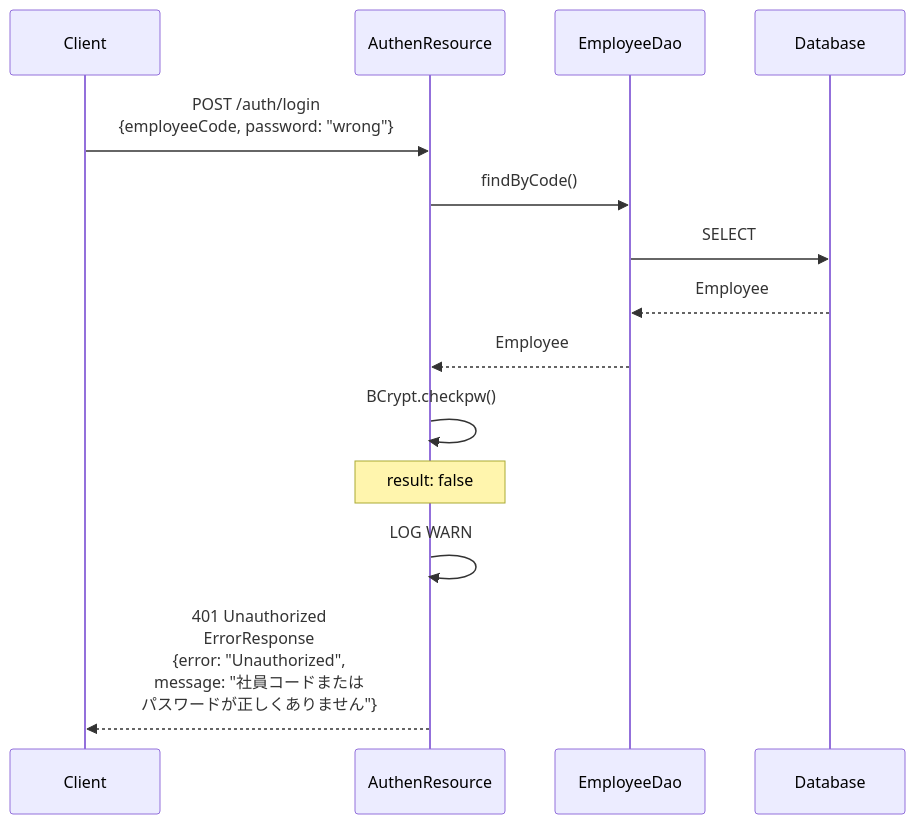
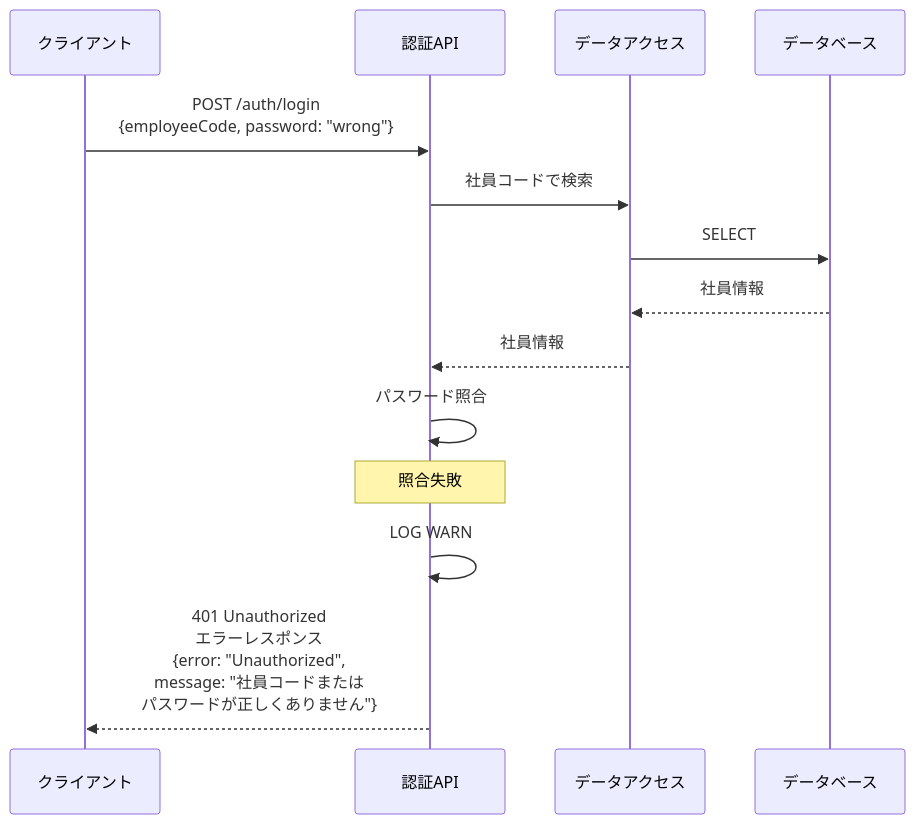
The third of 12 diagrams in projects/sdd/bookstore/back-office-api-sdd/specs/baseline/api/API_001_auth/functional_design.md (KenyaSaitoh/ai_driven_dev_202601), drawn with Mermaid before and after one commit. The commit also changed other lines of this file and 52 other files, not shown here.

````diff
--- a/projects/sdd/bookstore/back-office-api-sdd/specs/baseline/api/API_001_auth/functional_design.md
+++ b/projects/sdd/bookstore/back-office-api-sdd/specs/baseline/api/API_001_auth/functional_design.md
@@ -466,17 +404,17 @@
 ```mermaid
 sequenceDiagram
-    participant Client
-    participant AuthenResource
-    participant EmployeeDao
-    participant Database
+    participant Client as クライアント
+    participant API as 認証API
+    participant DataAccess as データアクセス
+    participant Database as データベース
 
-    Client->>AuthenResource: POST /auth/login<br/>{employeeCode, password: "wrong"}
-    AuthenResource->>EmployeeDao: findByCode()
-    EmployeeDao->>Database: SELECT
-    Database-->>EmployeeDao: Employee
-    EmployeeDao-->>AuthenResource: Employee
-    AuthenResource->>AuthenResource: BCrypt.checkpw()
-    Note over AuthenResource: result: false
-    AuthenResource->>AuthenResource: LOG WARN
-    AuthenResource-->>Client: 401 Unauthorized<br/>ErrorResponse<br/>{error: "Unauthorized",<br/>message: "社員コードまたは<br/>パスワードが正しくありません"}
+    Client->>API: POST /auth/login<br/>{employeeCode, password: "wrong"}
+    API->>DataAccess: 社員コードで検索
+    DataAccess->>Database: SELECT
+    Database-->>DataAccess: 社員情報
+    DataAccess-->>API: 社員情報
+    API->>API: パスワード照合
+    Note over API: 照合失敗
+    API->>API: LOG WARN
+    API-->>Client: 401 Unauthorized<br/>エラーレスポンス<br/>{error: "Unauthorized",<br/>message: "社員コードまたは<br/>パスワードが正しくありません"}
 ```
````
